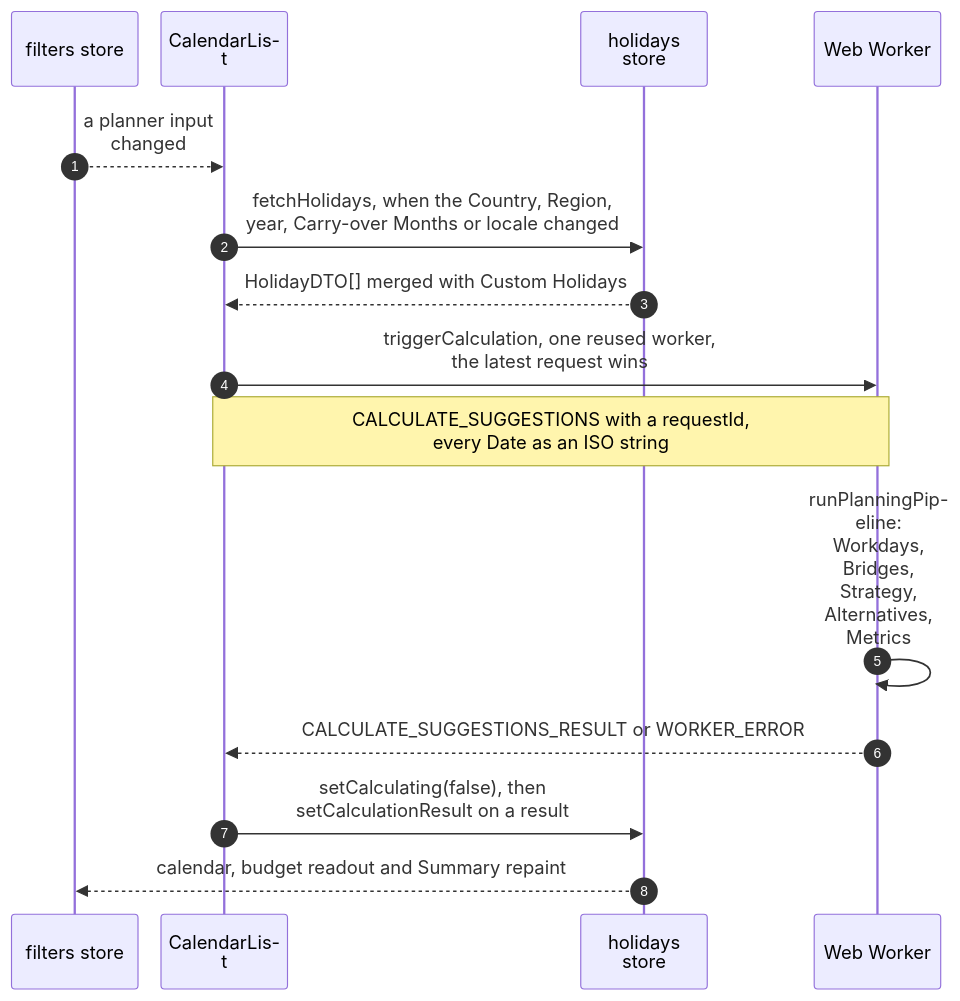
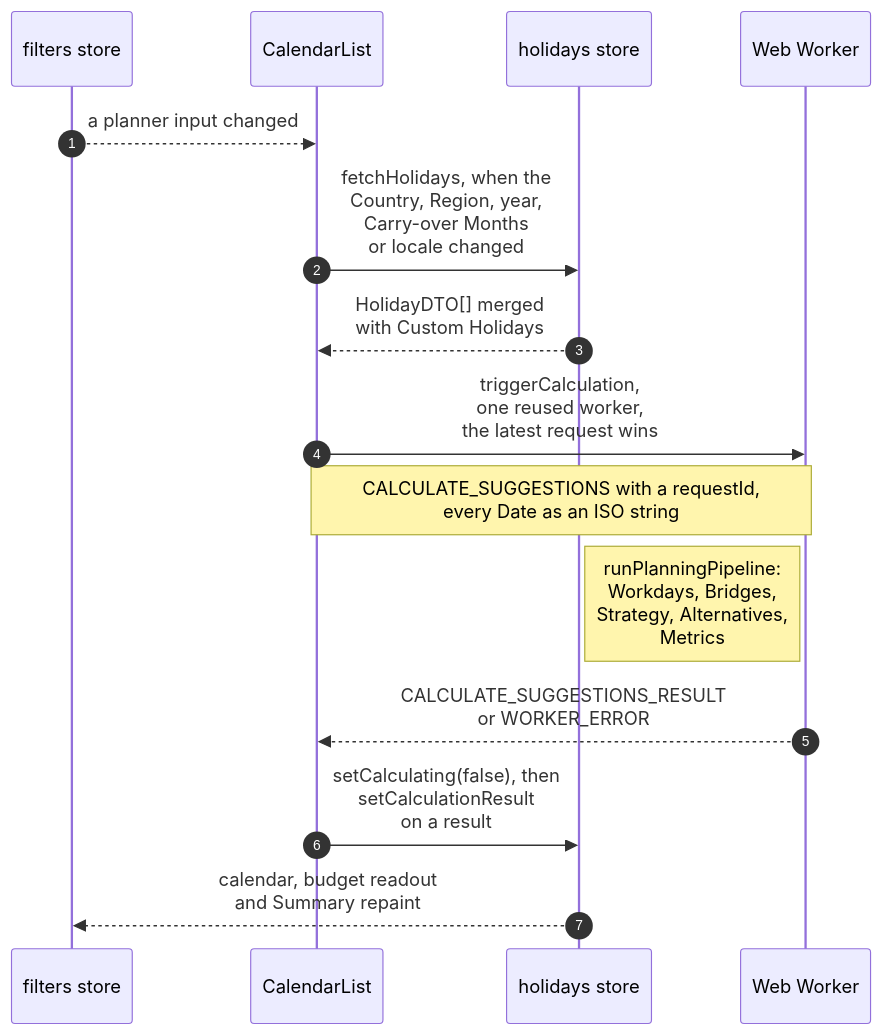
Before and after one commit to fbuireu/forever-pto: the third of 3 diagrams in apps/docs/src/content/docs/how-it-works/overview.mdx, drawn with Mermaid. The commit also changed other lines of this file and 26 other files, not shown here.

First line of the commit message:
docs(diagrams): fix split words, overlaps and oversized Mermaid diagrams

````diff
--- a/apps/docs/src/content/docs/how-it-works/overview.mdx
+++ b/apps/docs/src/content/docs/how-it-works/overview.mdx
@@ -92,26 +92,26 @@
 ```mermaid
 ---
 config:
   look: handDrawn
   layout: dagre
   sequence:
-    wrap: true
-    width: 110
-    actorMargin: 20
+    wrap: false
+    width: 90
+    actorMargin: 10
 ---
 sequenceDiagram
   autonumber
   participant FS as filters store
   participant CL as CalendarList
   participant HS as holidays store
   participant WK as Web Worker
   FS-->>CL: a planner input changed
-  CL->>HS: fetchHolidays, when the Country, Region,<br/>year, Carry-over Months or locale changed
-  HS-->>CL: HolidayDTO[] merged with Custom Holidays
-  CL->>WK: triggerCalculation, one reused worker,<br/>the latest request wins
+  CL->>HS: fetchHolidays, when the<br/>Country, Region, year,<br/>Carry-over Months<br/>or locale changed
+  HS-->>CL: HolidayDTO[] merged<br/>with Custom Holidays
+  CL->>WK: triggerCalculation,<br/>one reused worker,<br/>the latest request wins
   Note over CL,WK: CALCULATE_SUGGESTIONS with a requestId,<br/>every Date as an ISO string
-  WK->>WK: runPlanningPipeline: Workdays, Bridges,<br/>Strategy, Alternatives, Metrics
-  WK-->>CL: CALCULATE_SUGGESTIONS_RESULT or WORKER_ERROR
-  CL->>HS: setCalculating(false), then<br/>setCalculationResult on a result
-  HS-->>FS: calendar, budget readout and Summary repaint
+  Note left of WK: runPlanningPipeline:<br/>Workdays, Bridges,<br/>Strategy, Alternatives,<br/>Metrics
+  WK-->>CL: CALCULATE_SUGGESTIONS_RESULT<br/>or WORKER_ERROR
+  CL->>HS: setCalculating(false), then<br/>setCalculationResult<br/>on a result
+  HS-->>FS: calendar, budget readout<br/>and Summary repaint
 ```
````
